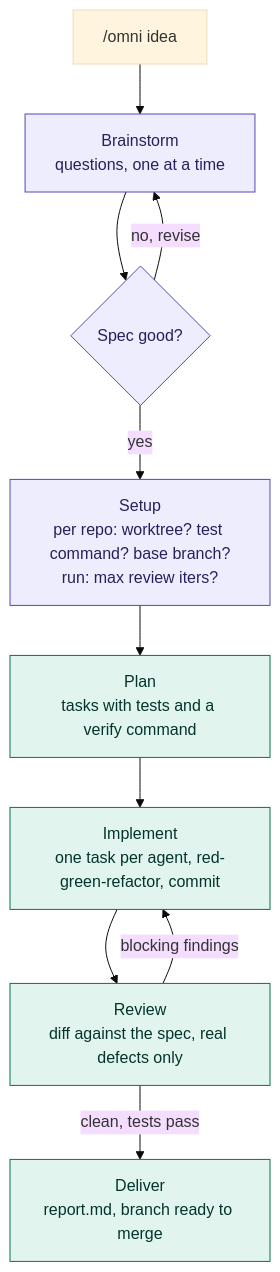
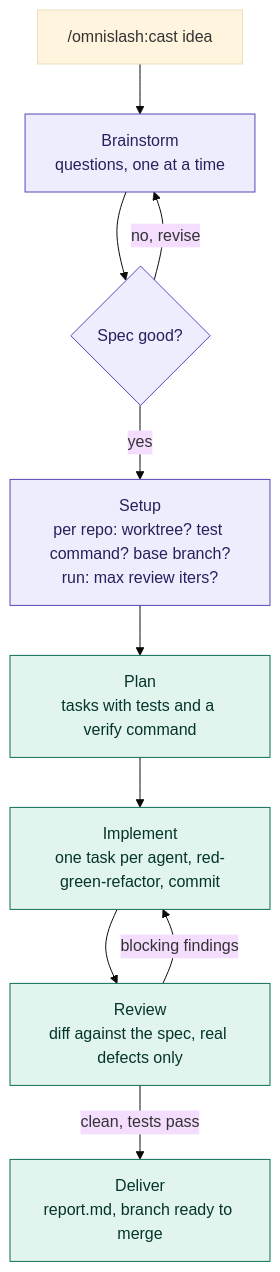
Before and after one commit to himkit/omni-pipeline-plugin: the first of 2 diagrams in README.md, drawn with Mermaid (base theme). The commit also changed other lines of this file and 22 other files, not shown here.

First line of the commit message:
feat: rename to omnislash — cast, scoreboard, reconnect, gg

````diff
--- a/README.md
+++ b/README.md
@@ -75,17 +78,17 @@
 ```mermaid
 flowchart TD
-    A["/omni idea"] --> B["Brainstorm<br/>questions, one at a time"]
+    A["/omnislash:cast idea"] --> B["Brainstorm<br/>questions, one at a time"]
     B --> C{"Spec good?"}
     C -- "no, revise" --> B
     C -- "yes" --> D["Setup<br/>per repo: worktree? test command? base branch?<br/>run: max review iters?"]
     D --> E["Plan<br/>tasks with tests and a verify command"]
     E --> F["Implement<br/>one task per agent, red-green-refactor, commit"]
     F --> G["Review<br/>diff against the spec, real defects only"]
     G -- "blocking findings" --> F
     G -- "clean, tests pass" --> H["Deliver<br/>report.md, branch ready to merge"]
 
     classDef human fill:#EEEDFE,stroke:#534AB7,color:#26215C
     classDef auto fill:#E1F5EE,stroke:#0F6E56,color:#04342C
     class B,C,D human
     class E,F,G,H auto
 ```
````
